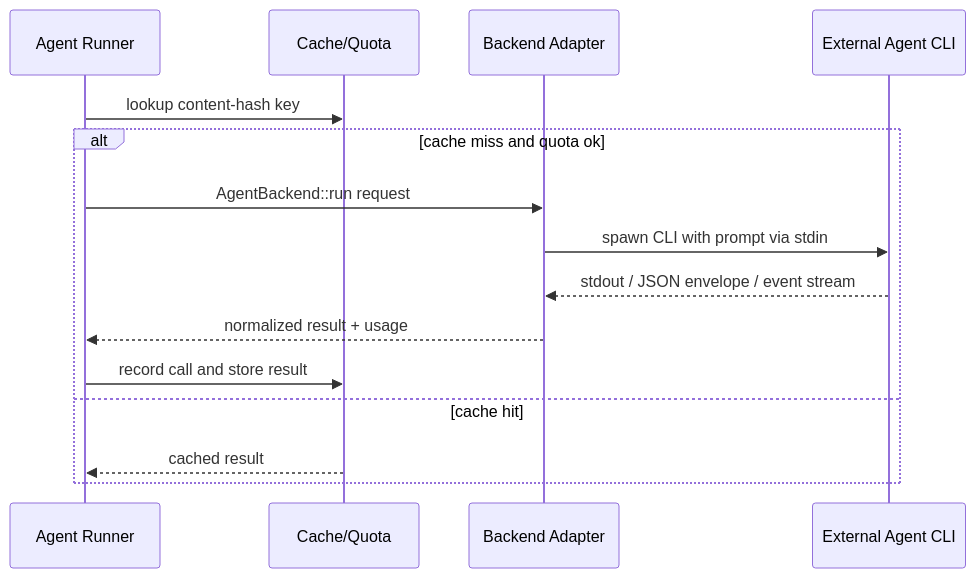
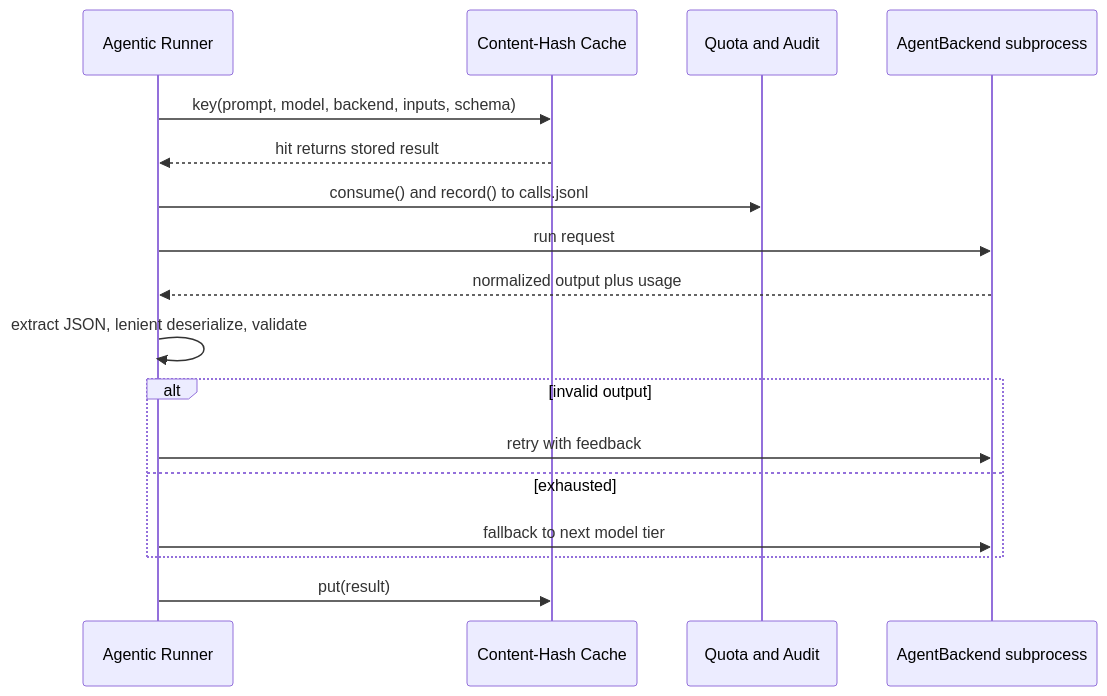
Before and after one commit to tidusvn05/agentwiki: the fifth of 6 diagrams in docs/vi/2.Architecture.md, drawn with Mermaid. The commit also changed other lines of this file and 41 other files, not shown here.

````diff
--- a/docs/vi/2.Architecture.md
+++ b/docs/vi/2.Architecture.md
@@ -279,17 +271,19 @@
 ```mermaid
 sequenceDiagram
-    participant R as Agent Runner
-    participant C as Cache/Quota
-    participant B as Backend Adapter
-    participant X as External Agent CLI
-    R->>C: lookup content-hash key
-    alt cache miss and quota ok
-        R->>B: AgentBackend::run request
-        B->>X: spawn CLI with prompt via stdin
-        X-->>B: stdout / JSON envelope / event stream
-        B-->>R: normalized result + usage
-        R->>C: record call and store result
-    else cache hit
-        C-->>R: cached result
+    participant R as Agentic Runner
+    participant C as Content-Hash Cache
+    participant Q as Quota and Audit
+    participant B as AgentBackend subprocess
+    R->>C: key(prompt, model, backend, inputs, schema)
+    C-->>R: hit returns stored result
+    R->>Q: consume() and record() to calls.jsonl
+    R->>B: run request
+    B-->>R: normalized output plus usage
+    R->>R: extract JSON, lenient deserialize, validate
+    alt invalid output
+        R->>B: retry with feedback
+    else exhausted
+        R->>B: fallback to next model tier
     end
+    R->>C: put(result)
 ```
````
